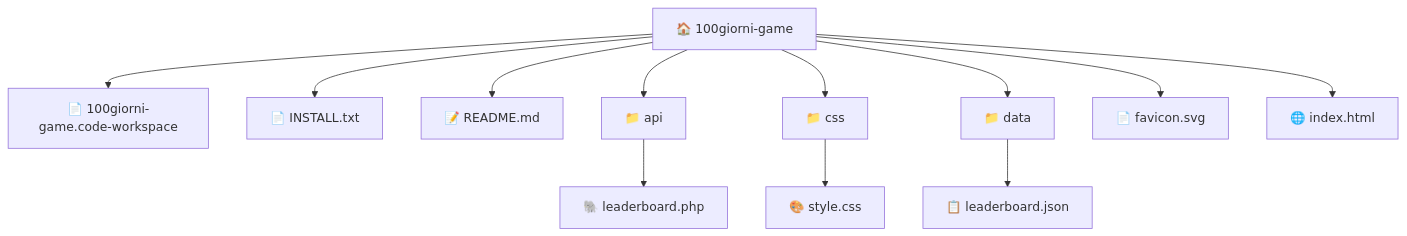
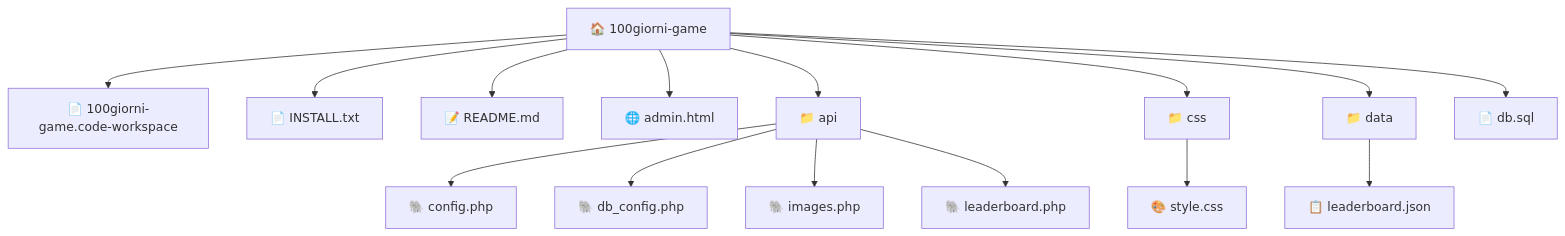
One commit to Ronfo2013/cda-game changed the diagram in .github/copilot-instructions.md. Above: the diagram before and after it, drawn with Mermaid. The commit also changed other lines of this file and 11 other files, not shown here.

````diff
--- a/.github/copilot-instructions.md
+++ b/.github/copilot-instructions.md
@@ -32,15 +38,18 @@
 ```mermaid
 graph TD
     100giorni_game[🏠 100giorni-game]
     100giorni_game --> 100giorni_game_100giorni_game_code_workspace[📄 100giorni-game.code-workspace]
     100giorni_game --> 100giorni_game_INSTALL_txt[📄 INSTALL.txt]
     100giorni_game --> 100giorni_game_README_md[📝 README.md]
+    100giorni_game --> 100giorni_game_admin_html[🌐 admin.html]
     100giorni_game --> 100giorni_game_api[📁 api]
+    100giorni_game_api --> 100giorni_game_api_config_php[🐘 config.php]
+    100giorni_game_api --> 100giorni_game_api_db_config_php[🐘 db_config.php]
+    100giorni_game_api --> 100giorni_game_api_images_php[🐘 images.php]
     100giorni_game_api --> 100giorni_game_api_leaderboard_php[🐘 leaderboard.php]
     100giorni_game --> 100giorni_game_css[📁 css]
     100giorni_game_css --> 100giorni_game_css_style_css[🎨 style.css]
     100giorni_game --> 100giorni_game_data[📁 data]
     100giorni_game_data --> 100giorni_game_data_leaderboard_json[📋 leaderboard.json]
-    100giorni_game --> 100giorni_game_favicon_svg[📄 favicon.svg]
-    100giorni_game --> 100giorni_game_index_html[🌐 index.html]
+    100giorni_game --> 100giorni_game_db_sql[📄 db.sql]
 ```
````
